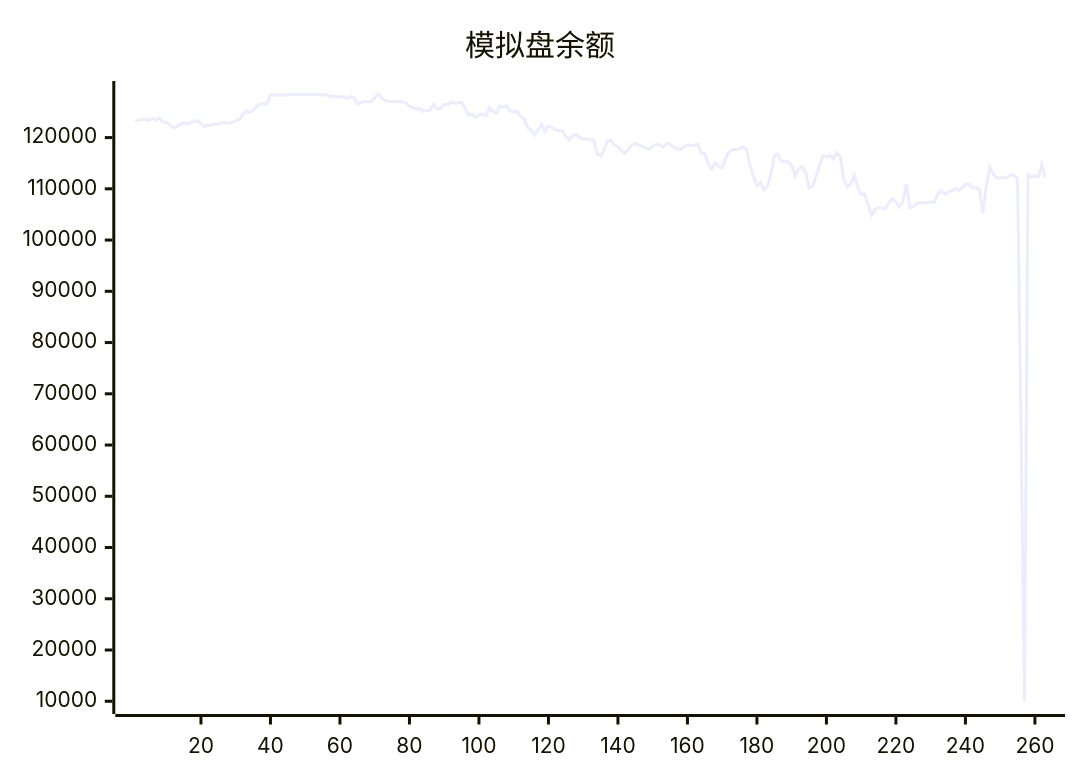
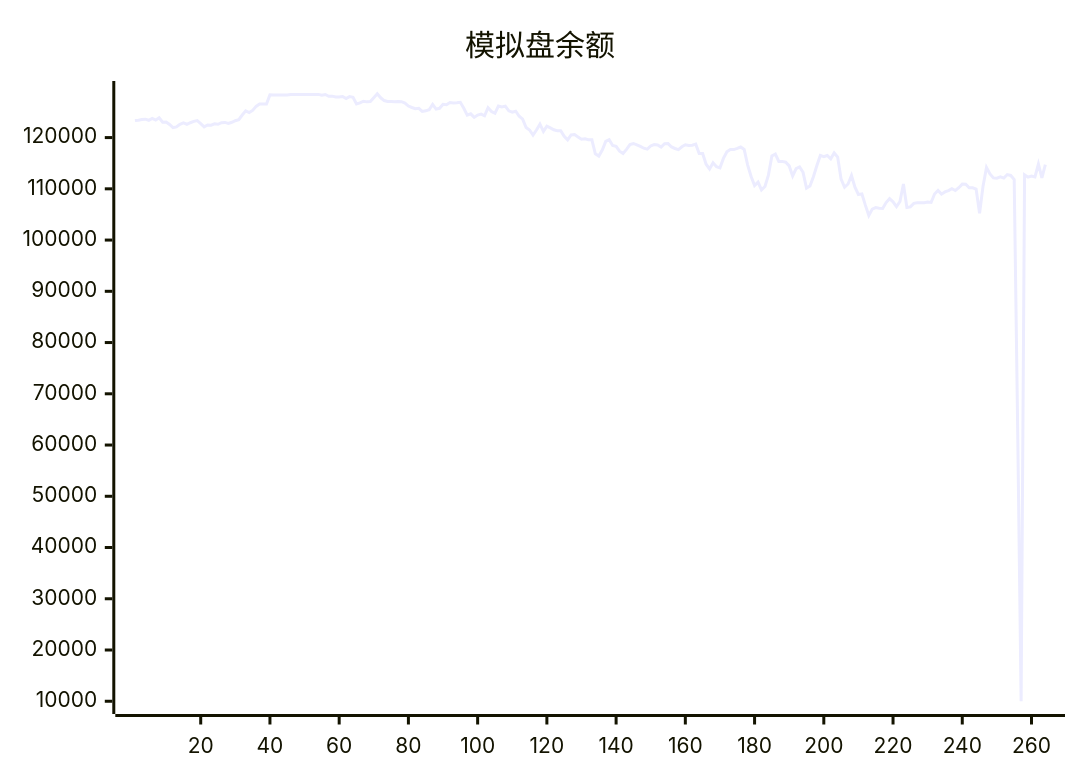
Before and after one commit to aahl/ai-trading: the diagram in README.md, drawn with Mermaid. The commit also changed other lines of this file and 1 other file, not shown here.

Commit message:
📈 Auto Trading Result

````diff
--- a/README.md
+++ b/README.md
@@ -5,5 +5,5 @@
 ```mermaid
 xychart
     title "模拟盘余额"
-    line [123338,123402,123530,123592,123378,123745,123413,123853,123009,123040,122557,121938,122095,122599,122856,122597,122898,123160,123319,122719,122087,122454,122416,122685,122592,122907,122961,122776,122981,123295,123507,124403,125224,124894,125303,126088,126544,126534,126549,128335,128318,128318,128318,128318,128318,128424,128424,128424,128424,128424,128424,128424,128424,128424,128247,128412,128062,128087,127917,127901,128026,127611,128000,127850,126572,126770,127100,126971,127029,127783,128554,127765,127224,127064,127044,127009,127025,127004,126738,126152,125871,125635,125707,125117,125217,125420,126480,125545,125715,126511,126424,126856,126764,126788,126890,125710,124381,124632,123936,124402,124574,124256,125833,125070,124739,126154,125966,126145,125213,124943,125143,124157,123604,121959,121476,120476,121470,122610,121201,122221,121889,121522,121332,121344,120232,119559,120513,120577,120108,119680,119777,119572,119568,116839,116392,117573,119250,119585,118469,118277,117338,116897,117706,118628,118849,118579,118280,117926,117735,118373,118639,118544,118136,118798,118819,118162,117874,117649,118215,118601,118463,118517,118713,116911,116899,114798,113887,115084,114313,114091,115934,117221,117658,117658,117883,118164,117693,114632,112403,110644,111313,109777,110444,112673,116419,116772,115355,115355,115198,114476,112510,113954,114276,113223,110151,110561,112361,114562,116522,116265,116500,115845,117000,116199,111887,110306,110942,112588,110318,108891,109011,106814,104811,106038,106327,106201,106180,107315,108068,107463,106528,107530,110941,106346,106482,107161,107268,107270,107302,107426,107340,108985,109681,108962,109404,109645,110030,109680,110214,110918,110897,110215,110212,109962,105235,110525,114151,112895,112137,112083,112329,112094,112784,112613,111829,63445,10000,112734,112268,112496,112313,114832,112156]
+    line [123338,123402,123530,123592,123378,123745,123413,123853,123009,123040,122557,121938,122095,122599,122856,122597,122898,123160,123319,122719,122087,122454,122416,122685,122592,122907,122961,122776,122981,123295,123507,124403,125224,124894,125303,126088,126544,126534,126549,128335,128318,128318,128318,128318,128318,128424,128424,128424,128424,128424,128424,128424,128424,128424,128247,128412,128062,128087,127917,127901,128026,127611,128000,127850,126572,126770,127100,126971,127029,127783,128554,127765,127224,127064,127044,127009,127025,127004,126738,126152,125871,125635,125707,125117,125217,125420,126480,125545,125715,126511,126424,126856,126764,126788,126890,125710,124381,124632,123936,124402,124574,124256,125833,125070,124739,126154,125966,126145,125213,124943,125143,124157,123604,121959,121476,120476,121470,122610,121201,122221,121889,121522,121332,121344,120232,119559,120513,120577,120108,119680,119777,119572,119568,116839,116392,117573,119250,119585,118469,118277,117338,116897,117706,118628,118849,118579,118280,117926,117735,118373,118639,118544,118136,118798,118819,118162,117874,117649,118215,118601,118463,118517,118713,116911,116899,114798,113887,115084,114313,114091,115934,117221,117658,117658,117883,118164,117693,114632,112403,110644,111313,109777,110444,112673,116419,116772,115355,115355,115198,114476,112510,113954,114276,113223,110151,110561,112361,114562,116522,116265,116500,115845,117000,116199,111887,110306,110942,112588,110318,108891,109011,106814,104811,106038,106327,106201,106180,107315,108068,107463,106528,107530,110941,106346,106482,107161,107268,107270,107302,107426,107340,108985,109681,108962,109404,109645,110030,109680,110214,110918,110897,110215,110212,109962,105235,110525,114151,112895,112137,112083,112329,112094,112784,112613,111829,63445,10000,112734,112268,112496,112313,114832,112156,114730]
 ```
````
